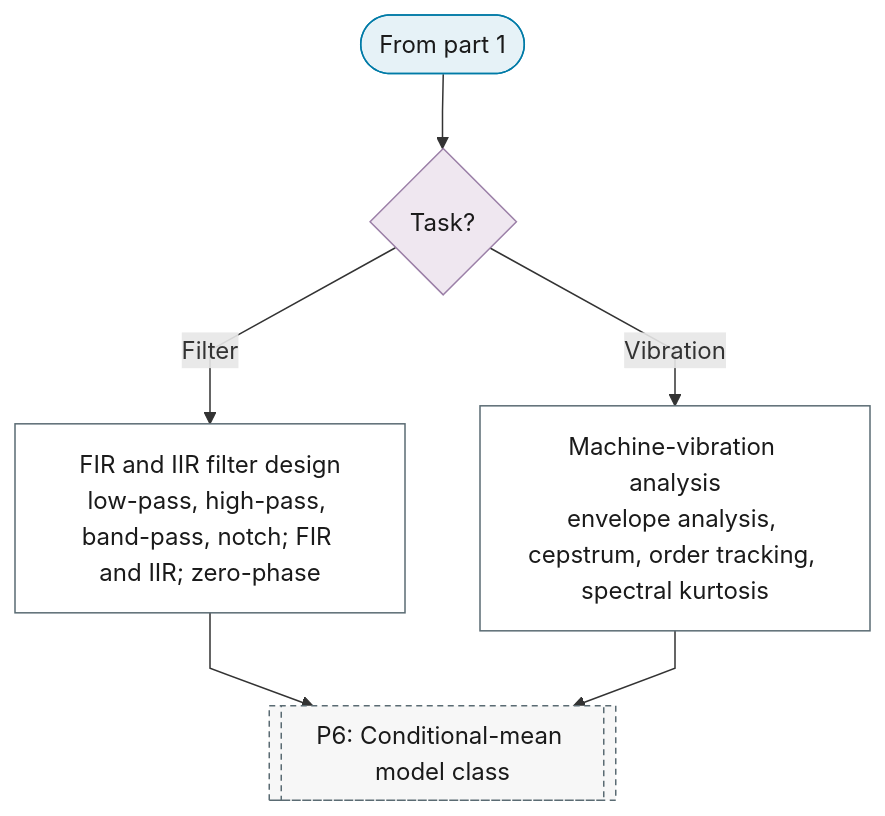
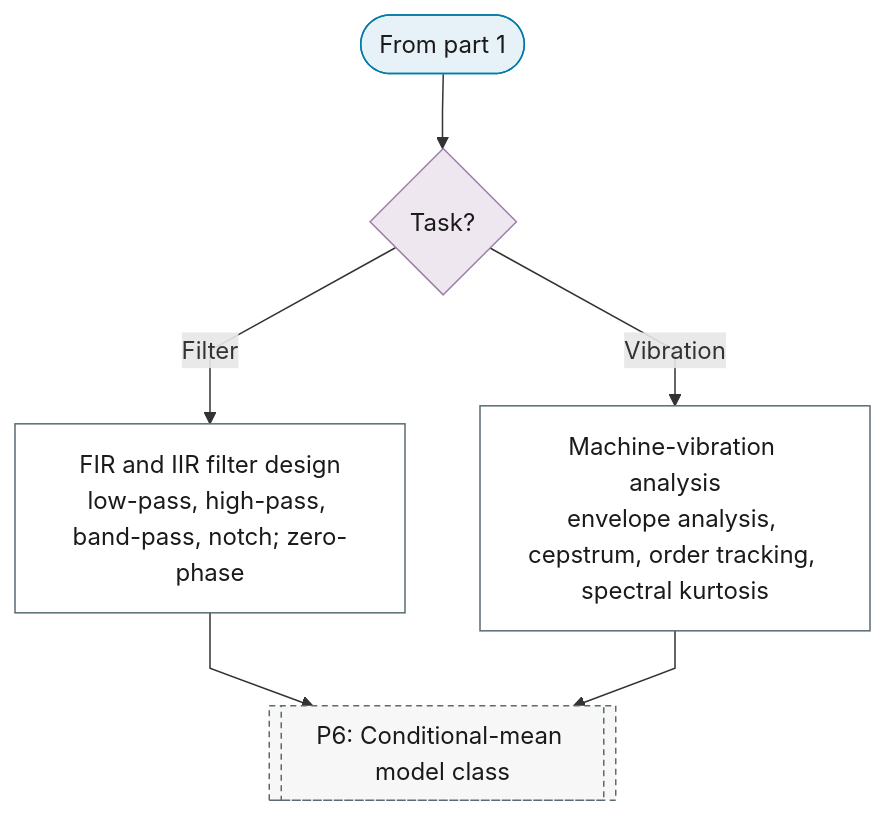
One commit to Shuxin-Y/time-series-analysis-manual changed the second of 2 diagrams in docs/01-workflow/p05-representation/02-frequency-domain.md. Above: the diagram before and after it, drawn with Mermaid. The commit also changed 5 other files, not shown here.

````diff
--- a/docs/01-workflow/p05-representation/02-frequency-domain.md
+++ b/docs/01-workflow/p05-representation/02-frequency-domain.md
@@ -47,20 +47,20 @@
 ```mermaid
 %%{init: {"flowchart": {"curve": "linear"}}}%%
 graph TD
     P5_FD_PART_2_IN(["From part 1"]) --> P5_FD_TASK_2{"Task?"}
-    P5_FD_TASK_2 -->|"Filter"| P5_FD_FILTERS["FIR and IIR filter design<br/>low-pass, high-pass, band-pass, notch; FIR and IIR; zero-phase"]
+    P5_FD_TASK_2 -->|"Filter"| P5_FD_FILTERS["FIR and IIR filter design<br/>low-pass, high-pass, band-pass, notch; zero-phase"]
     P5_FD_TASK_2 -->|"Vibration"| P5_FD_ENVELOPE["Machine-vibration analysis<br/>envelope analysis, cepstrum, order tracking, spectral kurtosis"]
     P5_FD_FILTERS & P5_FD_ENVELOPE --> P6[["P6: Conditional-mean model class"]]
     class P5_FD_PART_2_IN terminator
     class P5_FD_TASK_2 decision
     class P5_FD_FILTERS,P5_FD_ENVELOPE process
     class P6 ref
     classDef terminator fill:#E6F2F7,stroke:#007BA7,color:#1A1A1A;
     classDef process fill:#FFFFFF,stroke:#5A6B73,color:#1A1A1A;
     classDef decision fill:#EFE7F0,stroke:#9B7FA7,color:#1A1A1A;
     classDef data fill:#FFF4E0,stroke:#C9A55E,color:#1A1A1A;
     classDef good fill:#DCEFD8,stroke:#4A7A3F,color:#1A1A1A;
     classDef escalate fill:#FFE9C2,stroke:#C9A55E,color:#1A1A1A;
     classDef problem fill:#F2D9DE,stroke:#800020,color:#1A1A1A;
     classDef ref fill:#F7F7F7,stroke:#5A6B73,color:#1A1A1A,stroke-dasharray:4 3;
 ```
````
